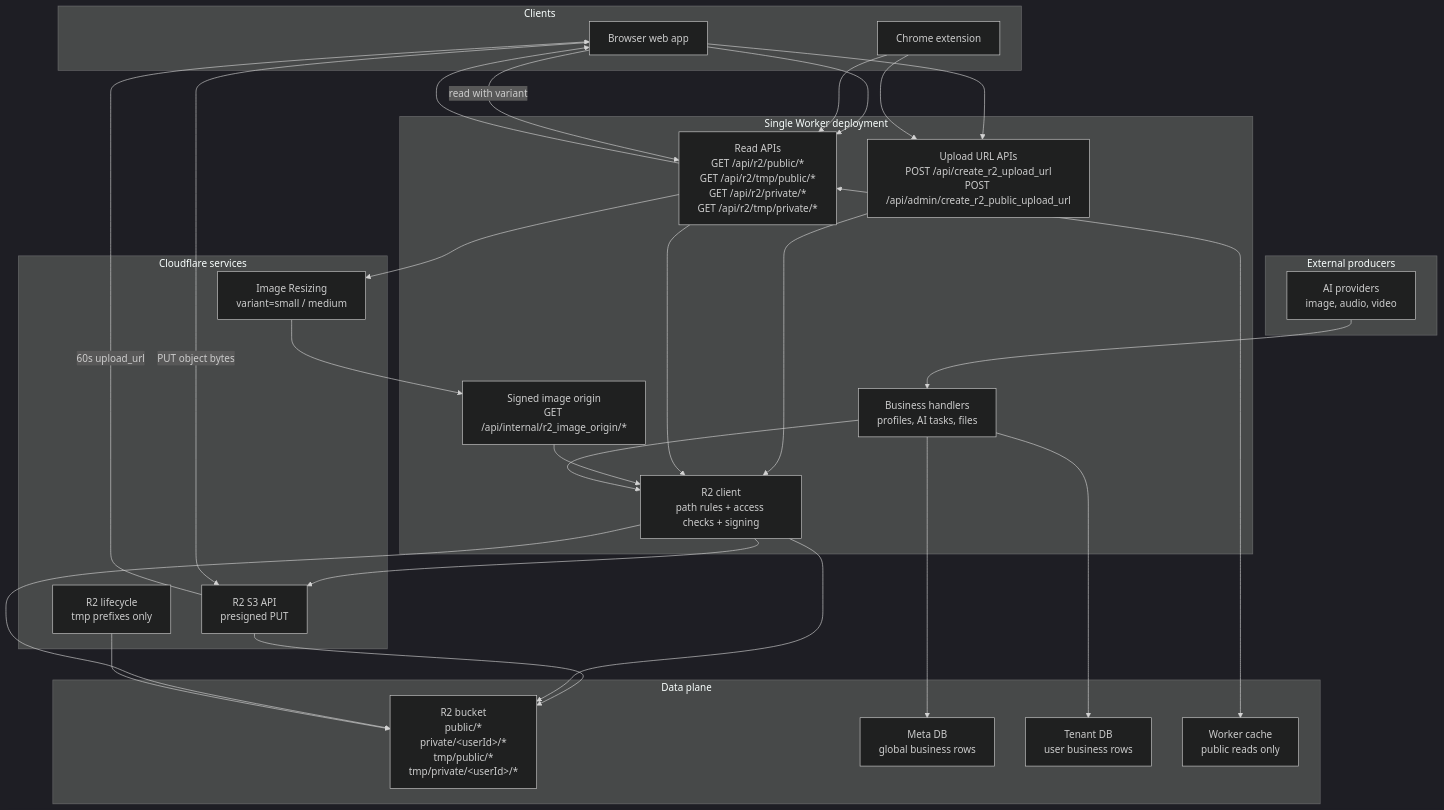
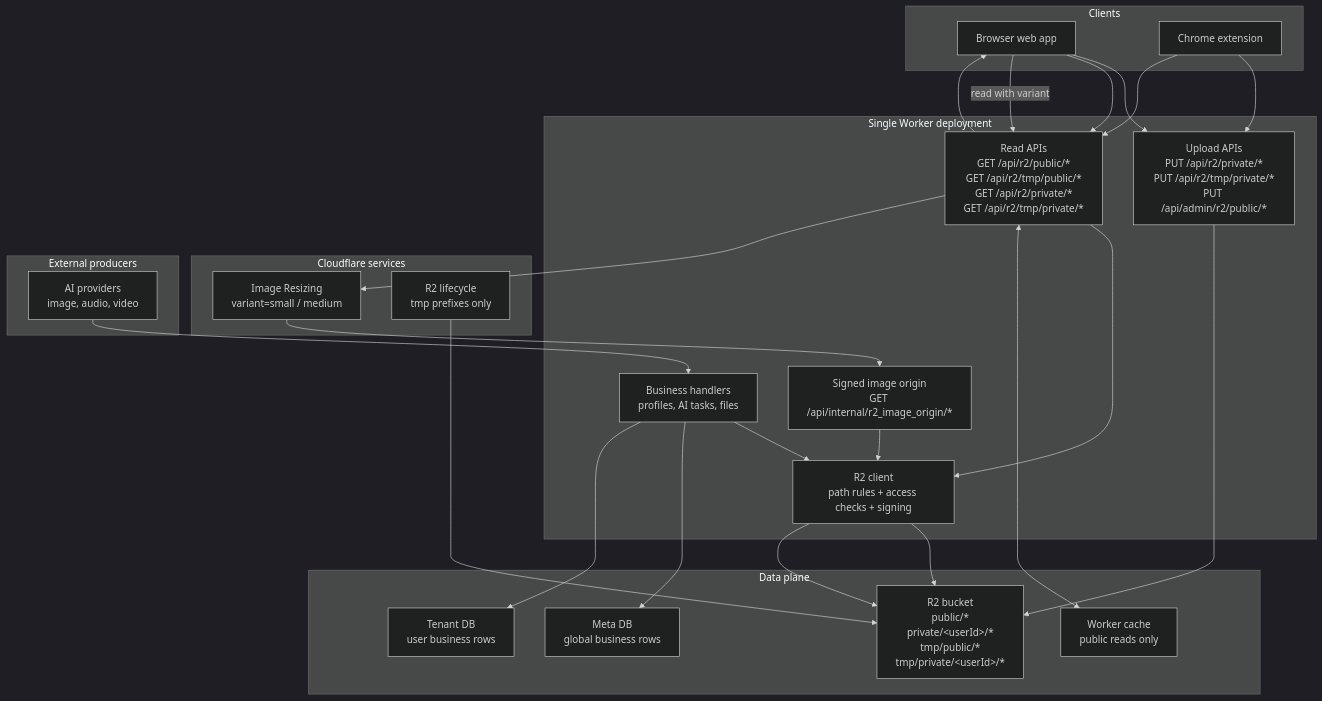
The diagram in public-docs/en/guides/storage.md (glidea/opcstack), drawn with Mermaid (dark theme) before and after one commit. The commit also changed other lines of this file and 17 other files, not shown here.

````diff
--- a/public-docs/en/guides/storage.md
+++ b/public-docs/en/guides/storage.md
@@ -17,60 +17,55 @@
 ```mermaid
 flowchart TB
   subgraph Clients["Clients"]
     Browser["Browser web app"]
     Extension["Chrome extension"]
   end
 
   subgraph Worker["Single Worker deployment"]
-    UploadApi["Upload URL APIs<br/>POST /api/create_r2_upload_url<br/>POST /api/admin/create_r2_public_upload_url"]
+    UploadApi["Upload APIs<br/>PUT /api/r2/private/*<br/>PUT /api/r2/tmp/private/*<br/>PUT /api/admin/r2/public/*"]
     ReadApi["Read APIs<br/>GET /api/r2/public/*<br/>GET /api/r2/tmp/public/*<br/>GET /api/r2/private/*<br/>GET /api/r2/tmp/private/*"]
     OriginApi["Signed image origin<br/>GET /api/internal/r2_image_origin/*"]
     BusinessApi["Business handlers<br/>profiles, AI tasks, files"]
     R2Client["R2 client<br/>path rules + access checks + signing"]
   end
 
   subgraph Data["Data plane"]
     R2["R2 bucket<br/>public/*<br/>private/&lt;userId&gt;/*<br/>tmp/public/*<br/>tmp/private/&lt;userId&gt;/*"]
     MetaDb["Meta DB<br/>global business rows"]
     TenantDb["Tenant DB<br/>user business rows"]
     WorkerCache["Worker cache<br/>public reads only"]
   end
 
   subgraph Cloudflare["Cloudflare services"]
-    S3Api["R2 S3 API<br/>presigned PUT"]
     ImageResize["Image Resizing<br/>variant=small / medium"]
     Lifecycle["R2 lifecycle<br/>tmp prefixes only"]
   end
 
   subgraph External["External producers"]
     AiProviders["AI providers<br/>image, audio, video"]
   end
 
   Browser --> UploadApi
   Extension --> UploadApi
-  UploadApi --> R2Client
-  R2Client --> S3Api
-  S3Api -->|"60s upload_url"| Browser
-  Browser -->|"PUT object bytes"| S3Api
-  S3Api --> R2
+  UploadApi --> R2
 
   Browser --> ReadApi
   Extension --> ReadApi
   ReadApi --> R2Client
   ReadApi <--> WorkerCache
   R2Client --> R2
   ReadApi --> Browser
 
   Browser -->|"read with variant"| ReadApi
   ReadApi --> ImageResize
   ImageResize --> OriginApi
   OriginApi --> R2Client
 
   BusinessApi --> R2Client
   R2Client --> R2
   BusinessApi --> MetaDb
   BusinessApi --> TenantDb
 
   AiProviders --> BusinessApi
   Lifecycle --> R2
 ```
````
